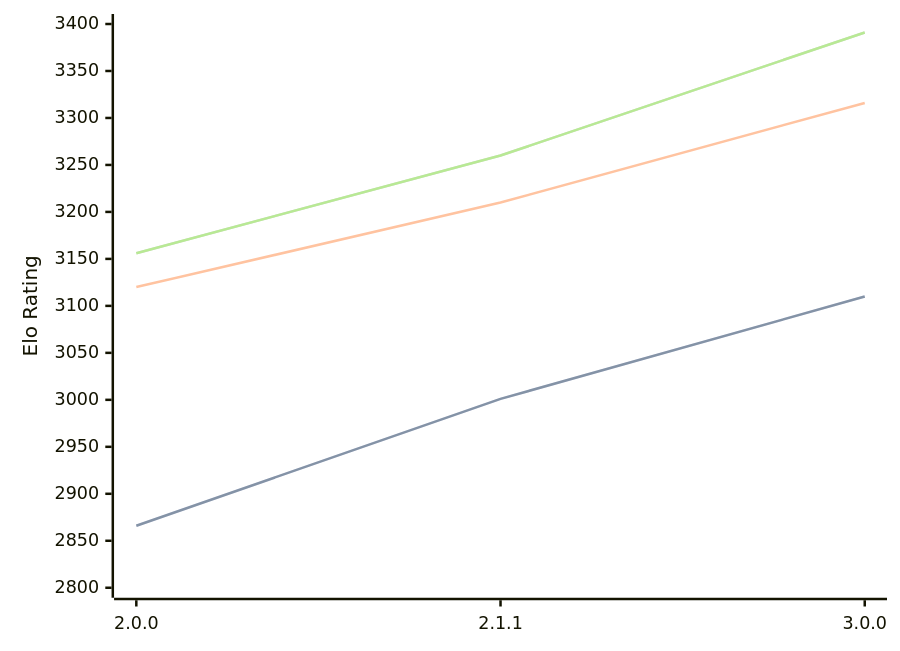
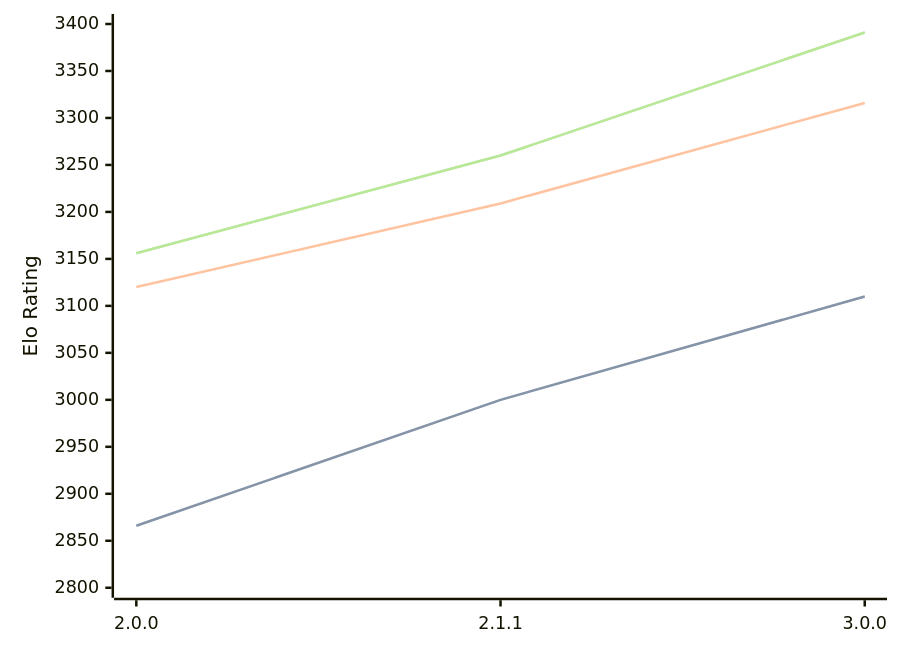
Before and after one commit to computer-chess-index/cci: the diagram in engines/Bread.md, drawn with Mermaid. The commit also changed other lines of this file, not shown here.

````diff
--- a/engines/Bread.md
+++ b/engines/Bread.md
@@ -36,11 +36,11 @@
 ```mermaid
 %%{init: {"theme":"base","themeVariables":{"seriesColors:['#a3a3a3','#222221','#faa371']}}}%%
 xychart-beta
   x-axis ["2.0.0", "2.1.1", "3.0.0"]
   y-axis "Elo Rating" 2800 --> 3400
-  line "" [2866, 3001, 3110]
-  line "STC (8.0+0.08s)" [2866, 3001, 3110]
-  line "LTC (60.0+0.60s)" [3120, 3210, 3316]
+  line "" [2866, 3000, 3110]
+  line "STC (8.0+0.08s)" [2866, 3000, 3110]
+  line "LTC (60.0+0.60s)" [3120, 3209, 3316]
   line "" [3156, 3260, 3391]
   line "VLTC (2m24s+1.12s)" [3156, 3260, 3391]
 ```
````
